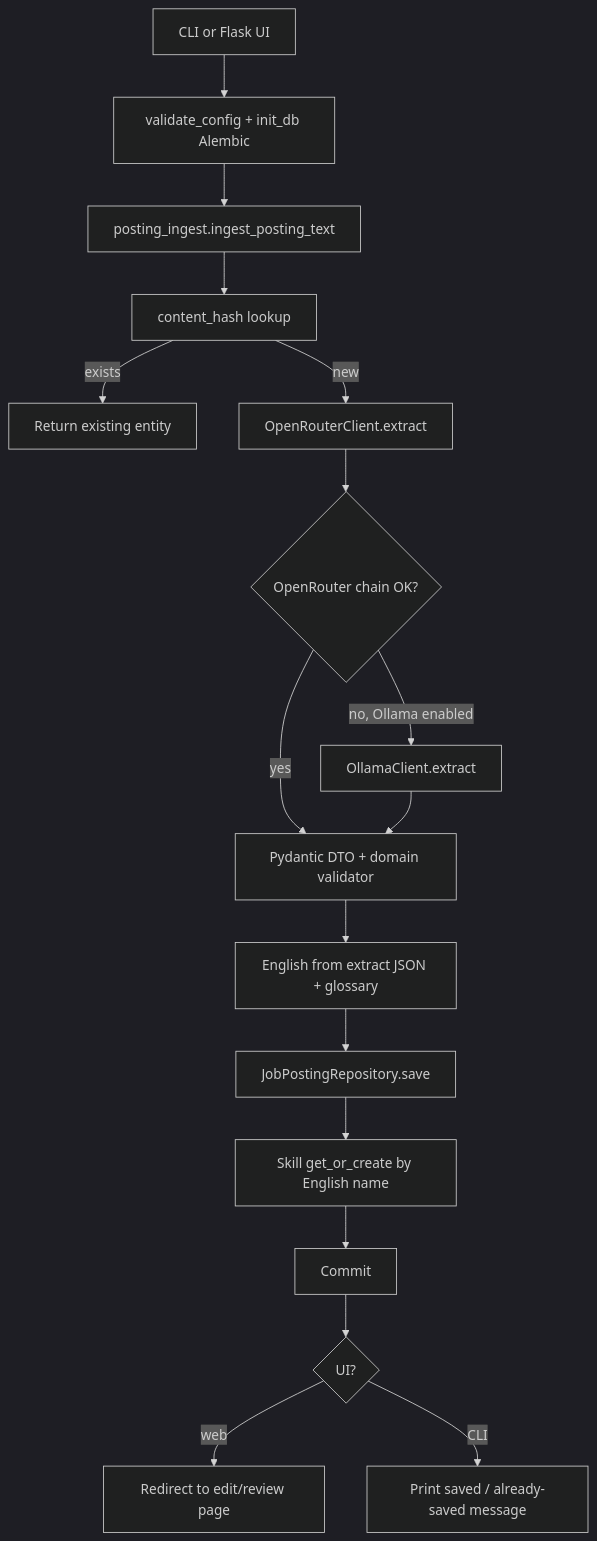
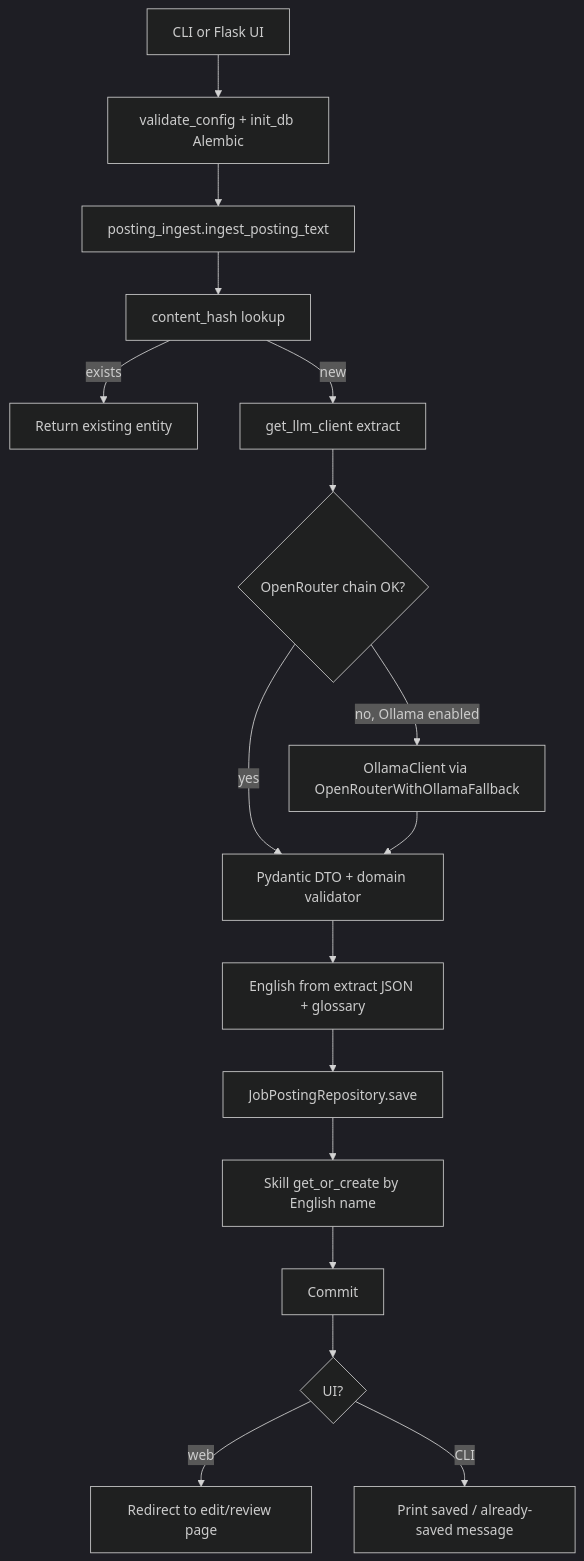
Before and after one commit to kvalge/data-jobs-forecasting-ai-app: the diagram in PROJECT_SUMMARY.md, drawn with Mermaid (dark theme). The commit also changed other lines of this file and 12 other files, not shown here.

First line of the commit message:
Refactor LLM fallback into factory and narrow recoverable errors.

````diff
--- a/PROJECT_SUMMARY.md
+++ b/PROJECT_SUMMARY.md
@@ -160,19 +161,19 @@
 ```mermaid
 flowchart TD
     A[CLI or Flask UI] --> B[validate_config + init_db Alembic]
     B --> C[posting_ingest.ingest_posting_text]
     C --> D[content_hash lookup]
     D -->|exists| E[Return existing entity]
-    D -->|new| F[OpenRouterClient.extract]
+    D -->|new| F[get_llm_client extract]
     F --> F1{OpenRouter chain OK?}
     F1 -->|yes| G[Pydantic DTO + domain validator]
-    F1 -->|no, Ollama enabled| F2[OllamaClient.extract]
+    F1 -->|no, Ollama enabled| F2[OllamaClient via OpenRouterWithOllamaFallback]
     F2 --> G
     G --> H[English from extract JSON + glossary]
     H --> I[JobPostingRepository.save]
     I --> J[Skill get_or_create by English name]
     J --> K[Commit]
     K --> L{UI?}
     L -->|web| M[Redirect to edit/review page]
     L -->|CLI| N[Print saved / already-saved message]
 ```
````
